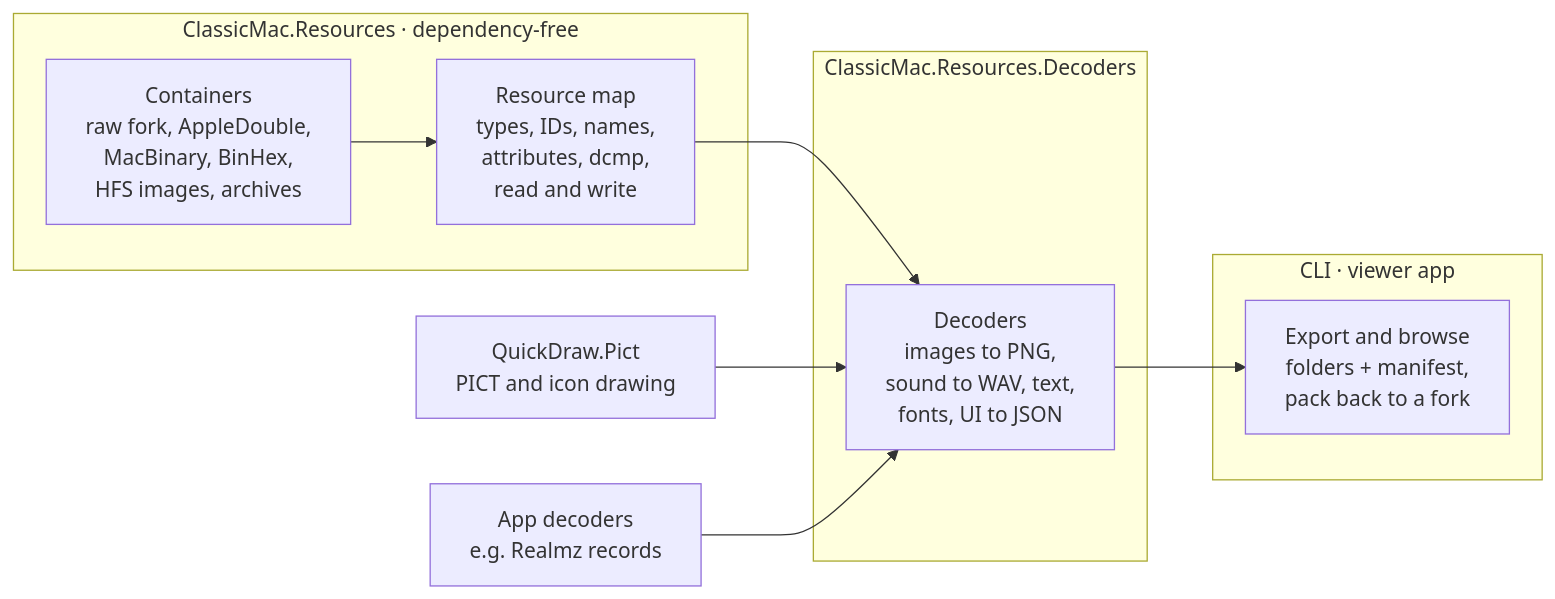
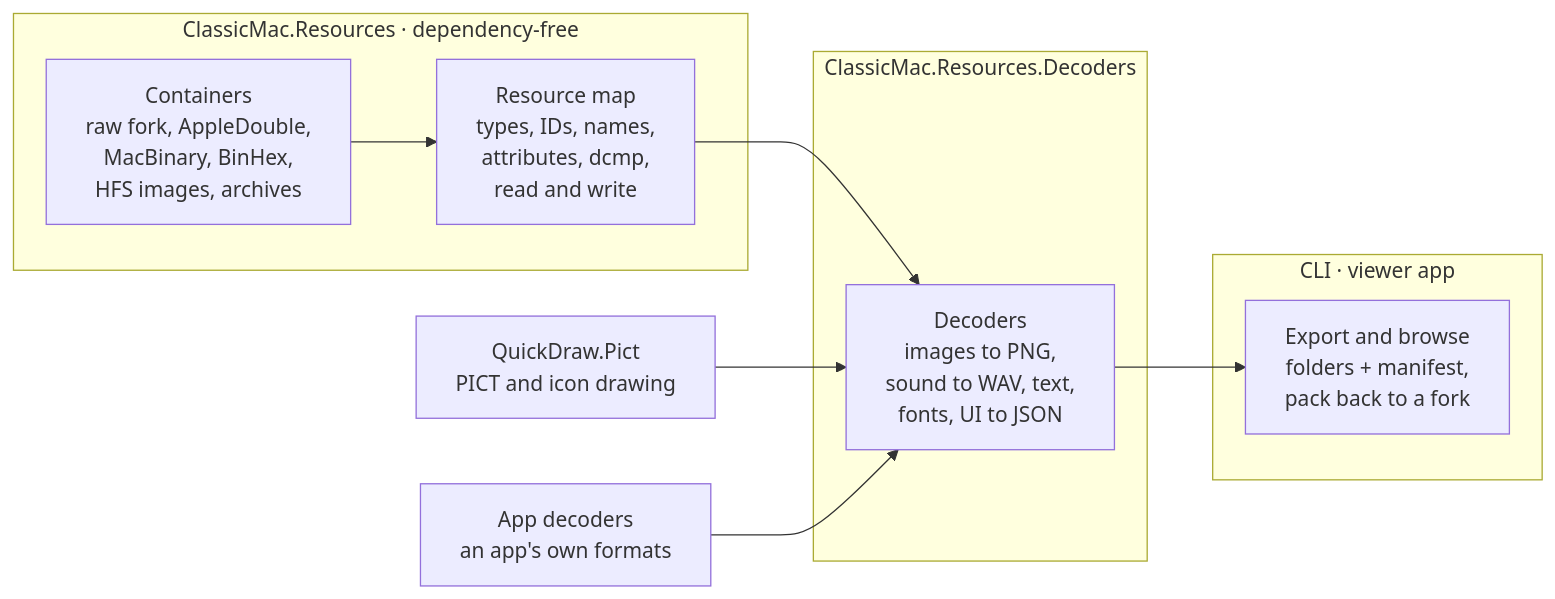
The diagram in docs/PLAN.md (inexin/ClassicMac), drawn with Mermaid before and after one commit. The commit also changed other lines of this file and 1 other file, not shown here.

Commit message:
Plan: standalone project, no Realmz-specific goals

````diff
--- a/docs/PLAN.md
+++ b/docs/PLAN.md
@@ -91,15 +93,15 @@
 ```mermaid
 flowchart LR
     subgraph core["ClassicMac.Resources · dependency-free"]
         C["Containers<br/>raw fork, AppleDouble,<br/>MacBinary, BinHex,<br/>HFS images, archives"] --> M["Resource map<br/>types, IDs, names,<br/>attributes, dcmp,<br/>read and write"]
     end
     subgraph dec["ClassicMac.Resources.Decoders"]
         D["Decoders<br/>images to PNG,<br/>sound to WAV, text,<br/>fonts, UI to JSON"]
     end
     subgraph cli["CLI · viewer app"]
         E["Export and browse<br/>folders + manifest,<br/>pack back to a fork"]
     end
     M --> D --> E
     Q["QuickDraw.Pict<br/>PICT and icon drawing"] --> D
-    A["App decoders<br/>e.g. Realmz records"] --> D
+    A["App decoders<br/>an app's own formats"] --> D
 ```
````
